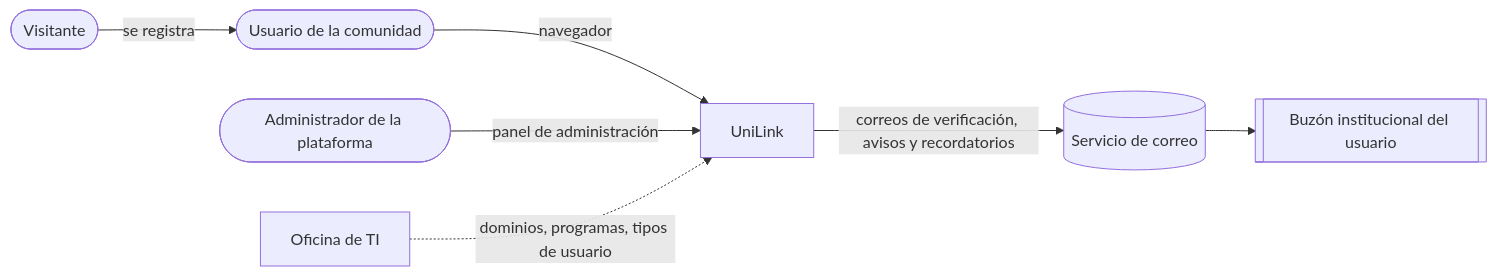
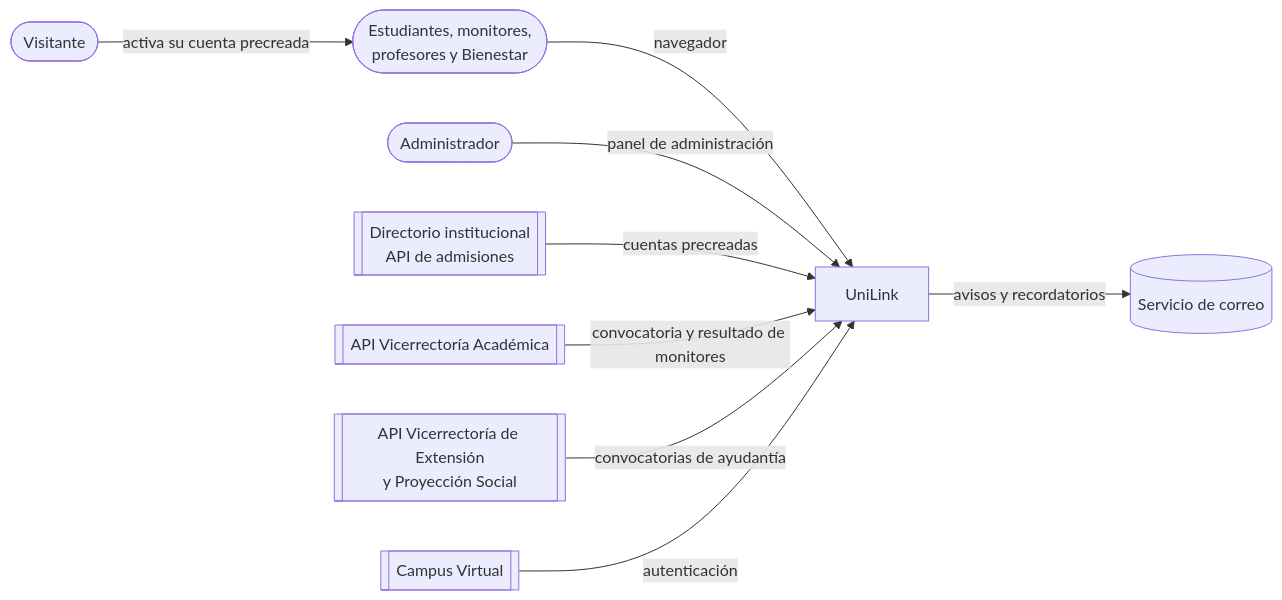
The diagram in docs/srs/Especificacion_Requisitos.md (AFGamero/UniLink), drawn with Mermaid before and after one commit. The commit also changed other lines of this file and 13 other files, not shown here.

````diff
--- a/docs/srs/Especificacion_Requisitos.md
+++ b/docs/srs/Especificacion_Requisitos.md
@@ -113,9 +90,11 @@
 ```mermaid
 flowchart LR
-    V([Visitante]) -->|se registra| U
-    U([Usuario de la comunidad]) -->|navegador| S[UniLink]
-    A([Administrador de la plataforma]) -->|panel de administración| S
-    S -->|correos de verificación, avisos y recordatorios| C[(Servicio de correo)]
-    C --> B[[Buzón institucional del usuario]]
-    TI[Oficina de TI] -.->|dominios, programas, tipos de usuario| S
+    V([Visitante]) -->|activa su cuenta precreada| U
+    U([Estudiantes, monitores,<br/>profesores y Bienestar]) -->|navegador| S[UniLink]
+    A([Administrador]) -->|panel de administración| S
+    DI[[Directorio institucional<br/>API de admisiones]] -->|cuentas precreadas| S
+    VA[[API Vicerrectoría Académica]] -->|convocatoria y resultado de monitores| S
+    VE[[API Vicerrectoría de Extensión<br/>y Proyección Social]] -->|convocatorias de ayudantía| S
+    CV[[Campus Virtual]] -->|autenticación| S
+    S -->|avisos y recordatorios| C[(Servicio de correo)]
 ```
````
